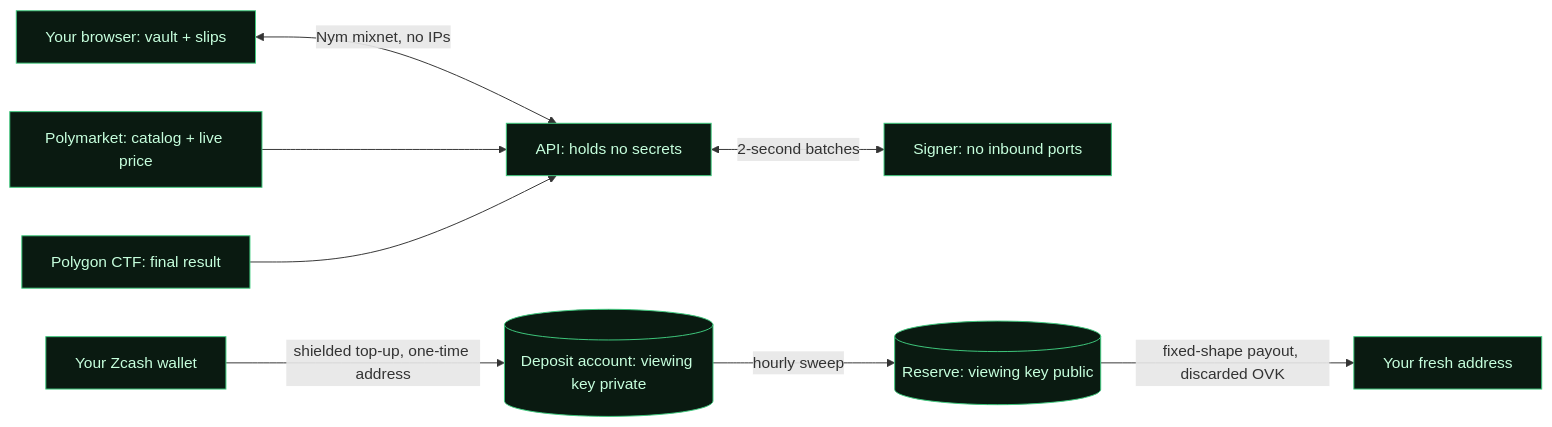
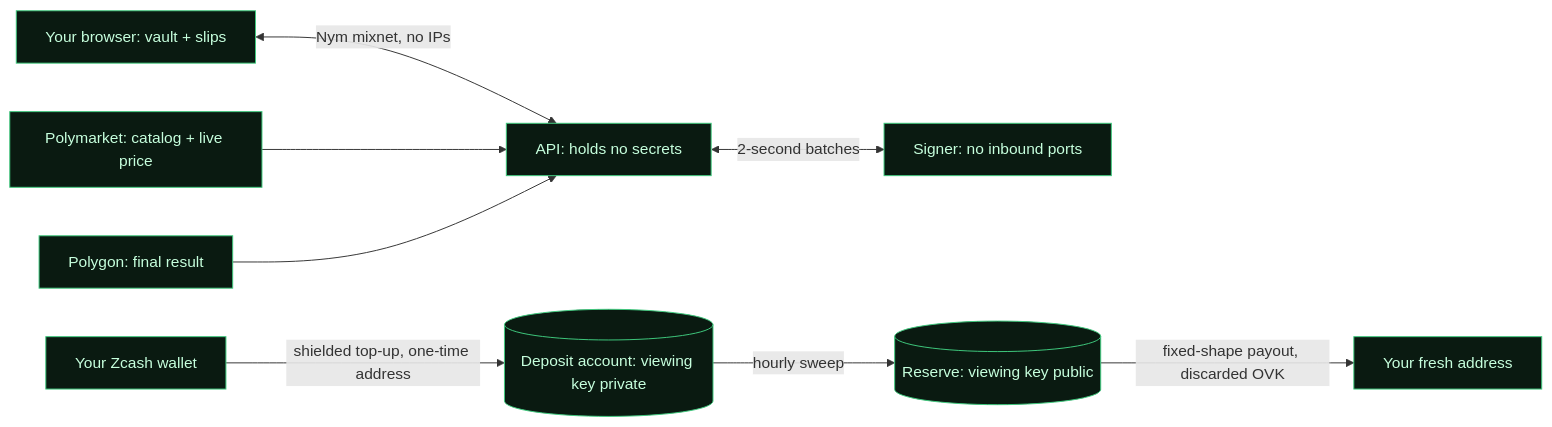
One commit to Sybzik/blindbook changed the diagram in README.md. Above: the diagram before and after it, drawn with Mermaid. The commit also changed other lines of this file and 14 other files, not shown here.

````diff
--- a/README.md
+++ b/README.md
@@ -45,12 +45,12 @@
 ```mermaid
 flowchart LR
     W["Your Zcash wallet"] -->|"shielded top-up, one-time address"| D[("Deposit account: viewing key private")]
     B["Your browser: vault + slips"] <-->|"Nym mixnet, no IPs"| A["API: holds no secrets"]
     A <-->|"2-second batches"| S["Signer: no inbound ports"]
     P["Polymarket: catalog + live price"] --> A
-    C["Polygon CTF: final result"] --> A
+    C["Polygon: final result"] --> A
     D -->|"hourly sweep"| R[("Reserve: viewing key public")]
     R -->|"fixed-shape payout, discarded OVK"| F["Your fresh address"]
     classDef bb fill:#0A1A11,stroke:#3FCB7E,color:#C6FFDD
     class W,D,B,A,S,P,C,R,F bb
 ```
````
